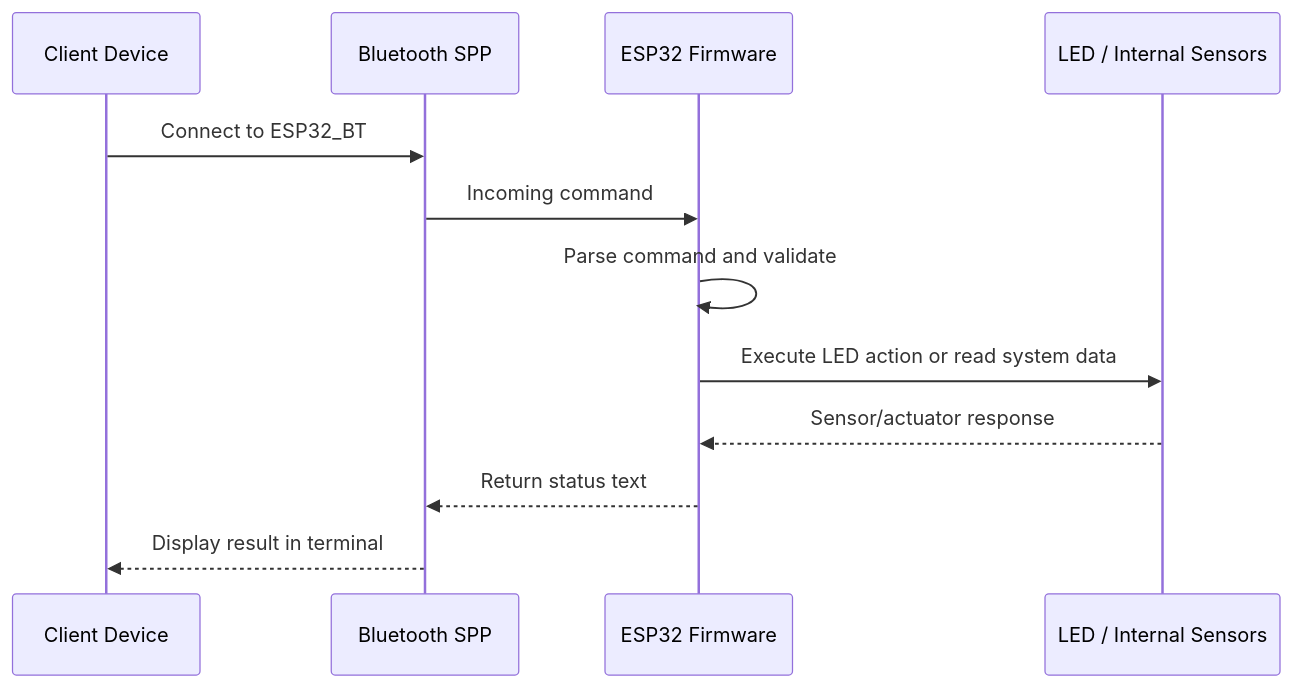
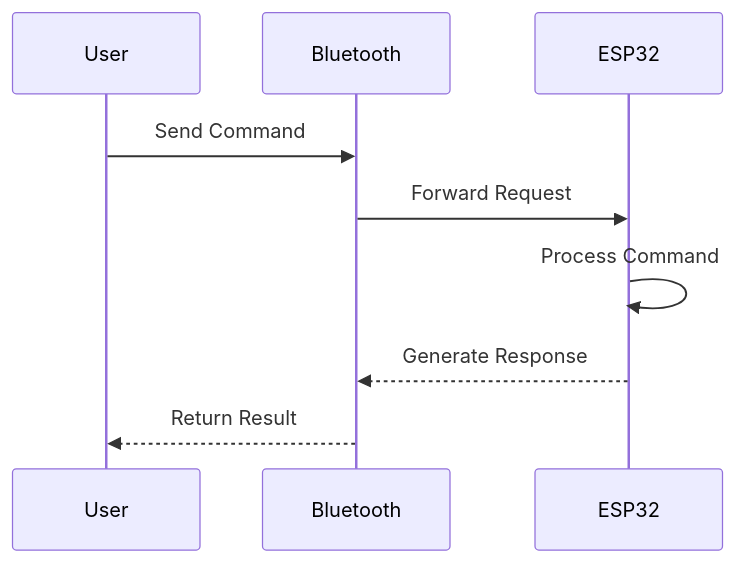
One commit to paulocfmarques-collab/esp32_bluetooth changed the third of 4 diagrams in README.md. Above: the diagram before and after it, drawn with Mermaid. The commit also changed other lines of this file, not shown here.

First line of the commit message:
Revise README for Bluetooth Device Management

````diff
--- a/README.md
+++ b/README.md
@@ -60,15 +158,17 @@
 ```mermaid
 sequenceDiagram
-    participant User as Client Device
-    participant BT as Bluetooth SPP
-    participant ESP as ESP32 Firmware
-    participant HW as LED / Internal Sensors
 
-    User->>BT: Connect to ESP32_BT
-    BT->>ESP: Incoming command
-    ESP->>ESP: Parse command and validate
-    ESP->>HW: Execute LED action or read system data
-    HW-->>ESP: Sensor/actuator response
-    ESP-->>BT: Return status text
-    BT-->>User: Display result in terminal
+    participant User
+    participant Bluetooth
+    participant ESP32
+
+    User->>Bluetooth: Send Command
+
+    Bluetooth->>ESP32: Forward Request
+
+    ESP32->>ESP32: Process Command
+
+    ESP32-->>Bluetooth: Generate Response
+
+    Bluetooth-->>User: Return Result
 ```
````
